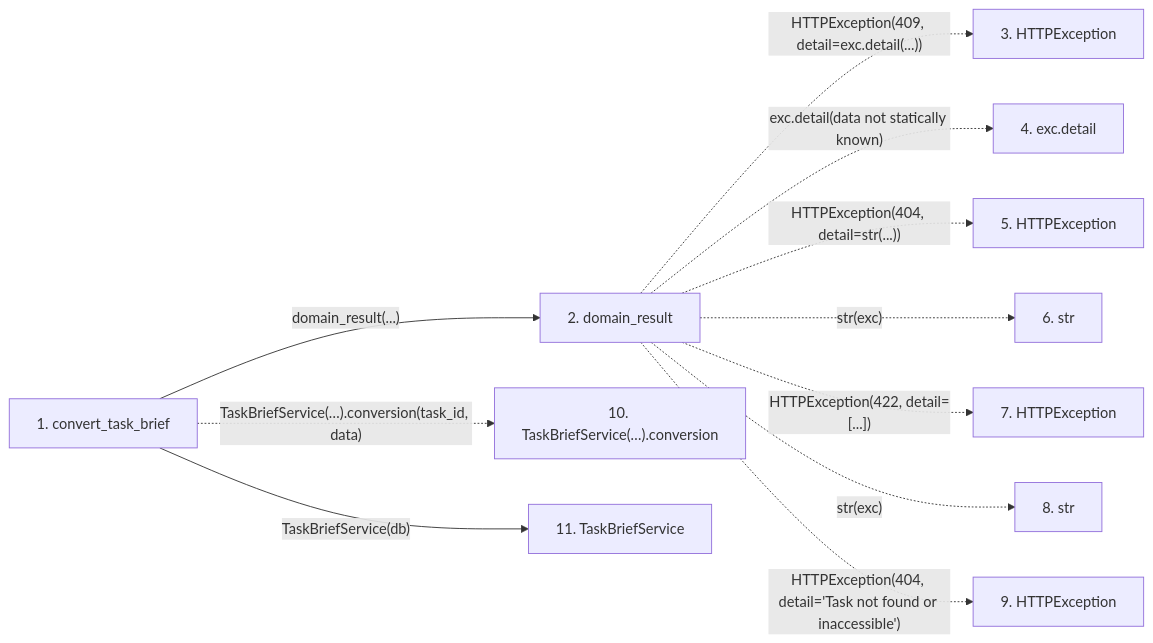
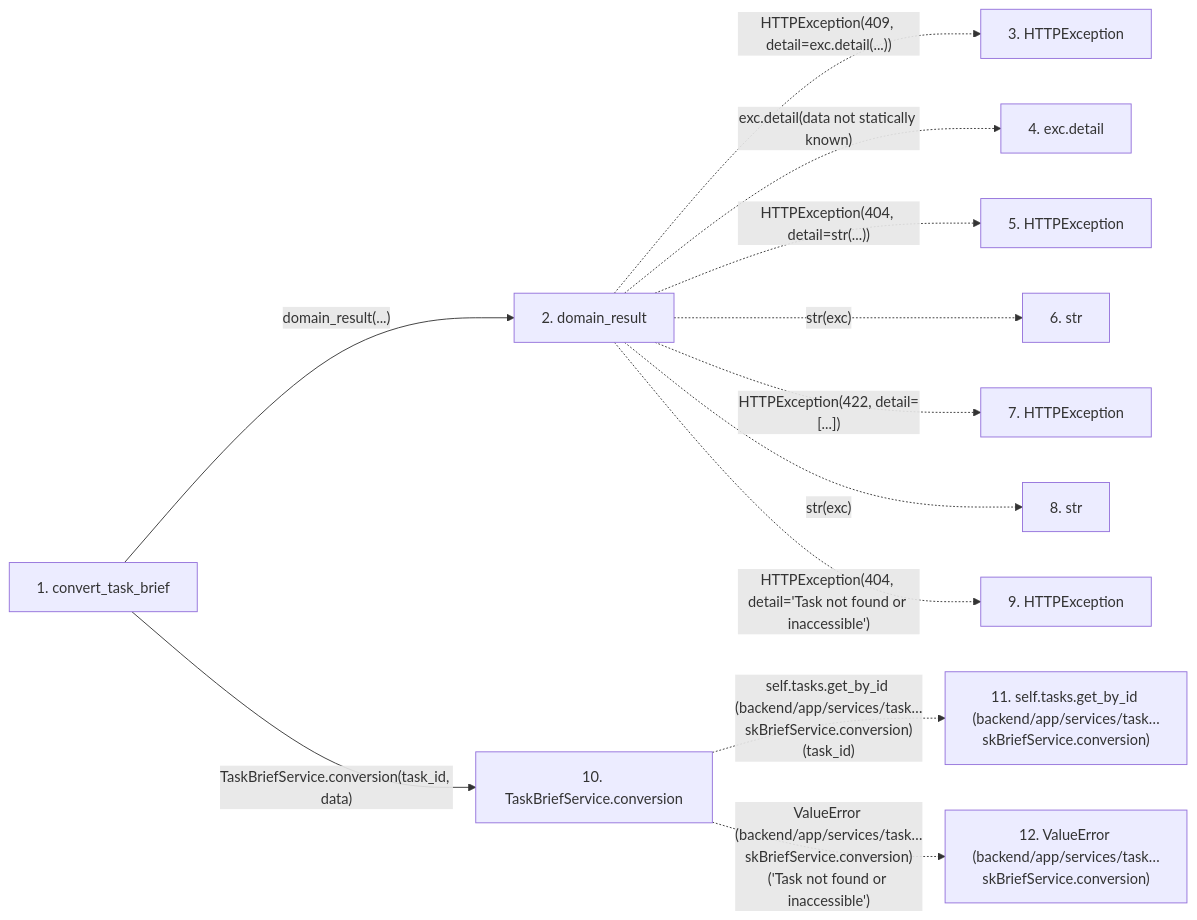
The second of 2 diagrams in docs/llm_wiki/flows/http-convert_task_brief.md (Denissvgn/WorkChord), drawn with Mermaid before and after one commit. The commit also changed other lines of this file and 25171 other files, not shown here.

````diff
--- a/docs/llm_wiki/flows/http-convert_task_brief.md
+++ b/docs/llm_wiki/flows/http-convert_task_brief.md
@@ -34,27 +145,29 @@
 ```mermaid
 flowchart LR
     s1["1. convert_task_brief"]
     s2["2. domain_result"]
     s3["3. HTTPException"]
     s4["4. exc.detail"]
     s5["5. HTTPException"]
     s6["6. str"]
     s7["7. HTTPException"]
     s8["8. str"]
     s9["9. HTTPException"]
-    s10["10. TaskBriefService(…).conversion"]
-    s11["11. TaskBriefService"]
+    s10["10. TaskBriefService.conversion"]
+    s11["11. self.tasks.get_by_id (backend/app/services/task…skBriefService.conversion)"]
+    s12["12. ValueError (backend/app/services/task…skBriefService.conversion)"]
     s1 -->|"domain_result(...)"| s2
     s2 -. "HTTPException(409, detail=exc.detail(...))" .-> s3
     s2 -. "exc.detail(data not statically known)" .-> s4
     s2 -. "HTTPException(404, detail=str(...))" .-> s5
     s2 -. "str(exc)" .-> s6
     s2 -. "HTTPException(422, detail=[...])" .-> s7
     s2 -. "str(exc)" .-> s8
     s2 -. "HTTPException(404, detail='Task not found or inaccessible')" .-> s9
-    s1 -. "TaskBriefService(…).conversion(task_id, data)" .-> s10
-    s1 -->|"TaskBriefService(db)"| s11
+    s1 -->|"TaskBriefService.conversion(task_id, data)"| s10
+    s10 -. "self.tasks.get_by_id (backend/app/services/task…skBriefService.conversion)(task_id)" .-> s11
+    s10 -. "ValueError (backend/app/services/task…skBriefService.conversion)('Task not found or inaccessible')" .-> s12
     click s1 "../modules/routers_task_domain.md"
     click s2 "../modules/routers_task_domain.md"
-    click s11 "../modules/task_brief_service.md"
+    click s10 "../modules/task_brief_service.md"
 ```
````
